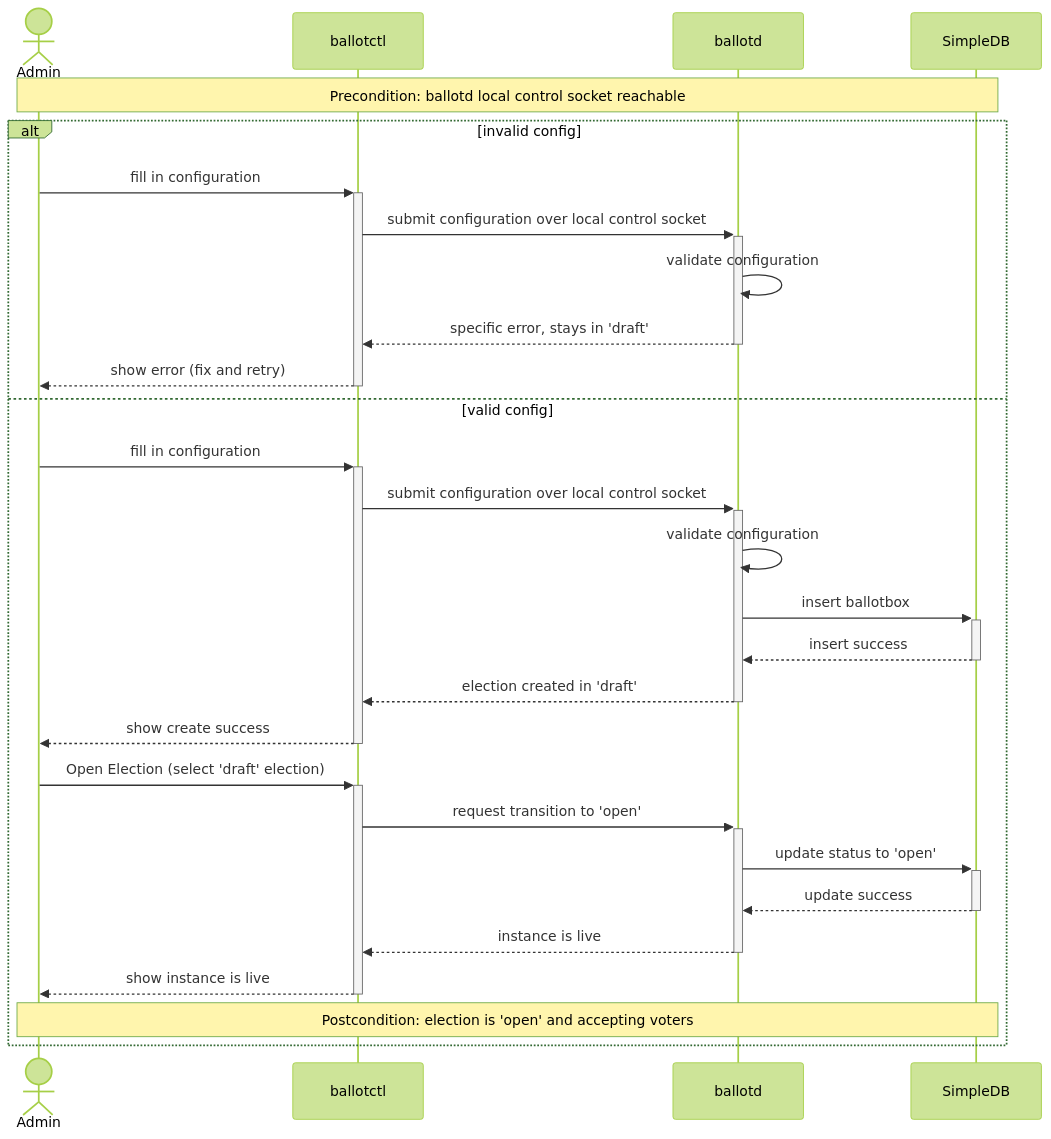
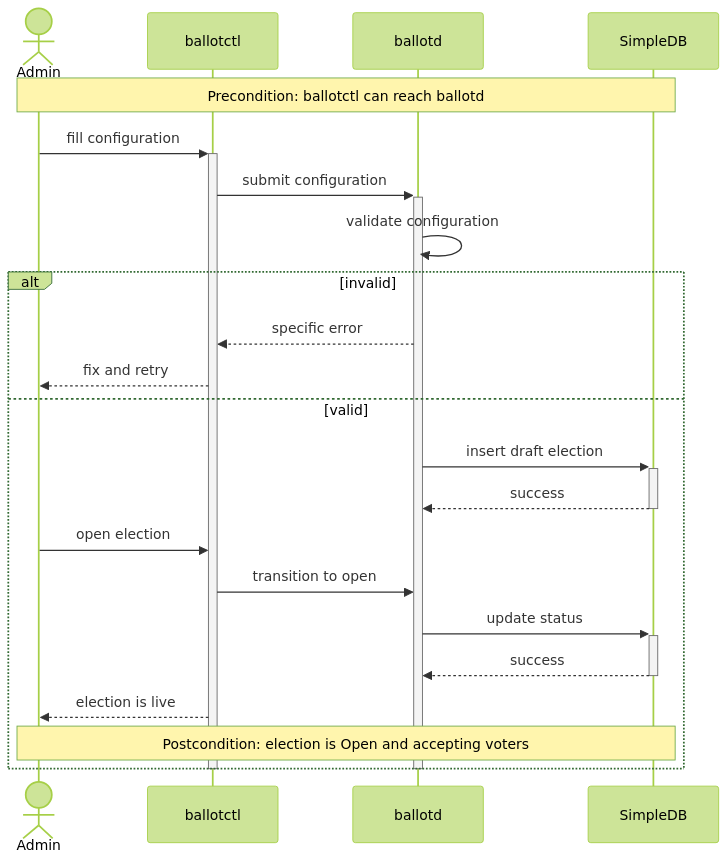
Before and after one commit to JediNakDev/ballotbox: the third of 8 diagrams in README.md, drawn with Mermaid (forest theme). The commit also changed other lines of this file and 1 other file, not shown here.

````diff
--- a/README.md
+++ b/README.md
@@ -105,32 +159,26 @@
 ```mermaid
 sequenceDiagram
-    actor Admin
-    participant ballotctl
-    participant ballotd
-    participant SimpleDB
-
-    note over Admin, SimpleDB: Precondition: ballotd local control socket reachable
-
-    alt invalid config
-        Admin->>+ballotctl: fill in configuration
-        ballotctl->>+ballotd: submit configuration over local control socket
-        ballotd->>ballotd: validate configuration
-        ballotd-->>-ballotctl: specific error, stays in 'draft'
-        ballotctl-->>-Admin: show error (fix and retry)
-    else valid config
-        Admin->>+ballotctl: fill in configuration
-        ballotctl->>+ballotd: submit configuration over local control socket
-        ballotd->>ballotd: validate configuration
-        ballotd->>+SimpleDB: insert ballotbox
-        SimpleDB-->>-ballotd: insert success
-        ballotd-->>-ballotctl: election created in 'draft'
-        ballotctl-->>-Admin: show create success
-        Admin->>+ballotctl: Open Election (select 'draft' election)
-        ballotctl->>+ballotd: request transition to 'open'
-        ballotd->>+SimpleDB: update status to 'open'
-        SimpleDB-->>-ballotd: update success
-        ballotd-->>-ballotctl: instance is live
-        ballotctl-->>-Admin: show instance is live
-        note over Admin,SimpleDB: Postcondition: election is 'open' and accepting voters
-    end
+actor Admin
+participant ballotctl
+participant ballotd
+participant SimpleDB
+note over Admin,SimpleDB: Precondition: ballotctl can reach ballotd
+Admin->>+ballotctl: fill configuration
+ballotctl->>+ballotd: submit configuration
+ballotd->>ballotd: validate configuration
+alt invalid
+ballotd-->>ballotctl: specific error
+ballotctl-->>Admin: fix and retry
+else valid
+ballotd->>+SimpleDB: insert draft election
+SimpleDB-->>-ballotd: success
+Admin->>ballotctl: open election
+ballotctl->>ballotd: transition to open
+ballotd->>+SimpleDB: update status
+SimpleDB-->>-ballotd: success
+ballotctl-->>Admin: election is live
+note over Admin,SimpleDB: Postcondition: election is Open and accepting voters
+end
+deactivate ballotd
+deactivate ballotctl
 ```
````
